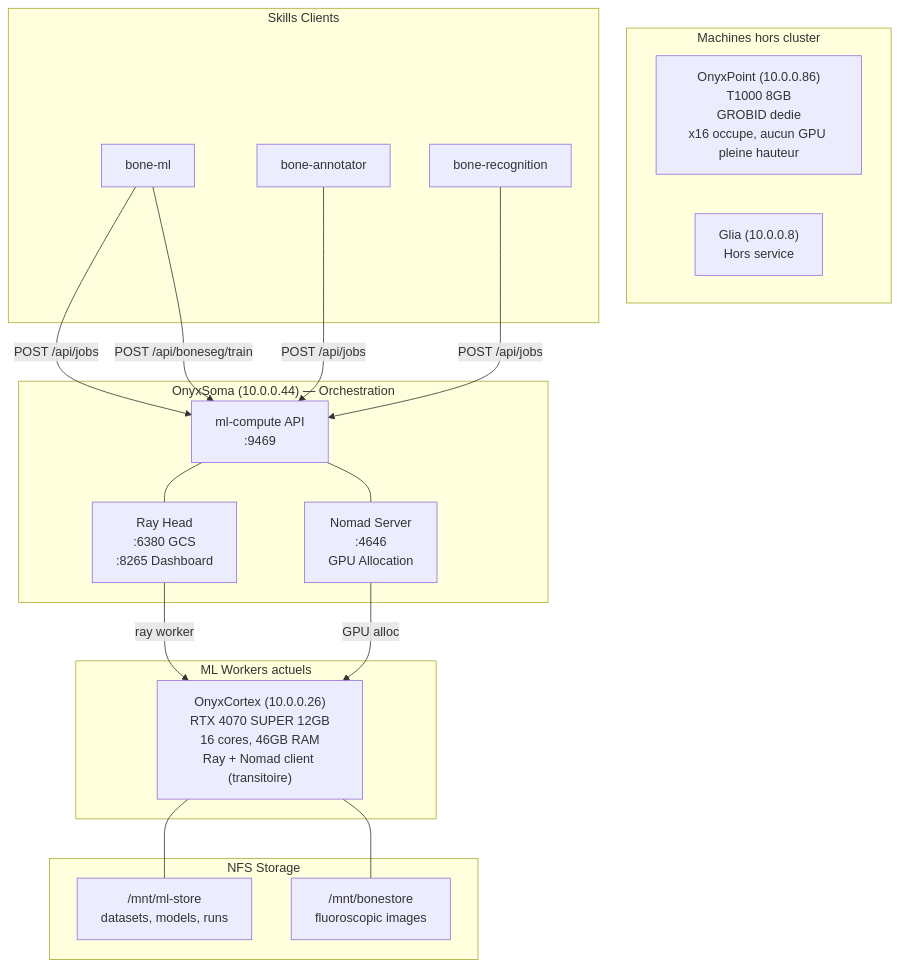
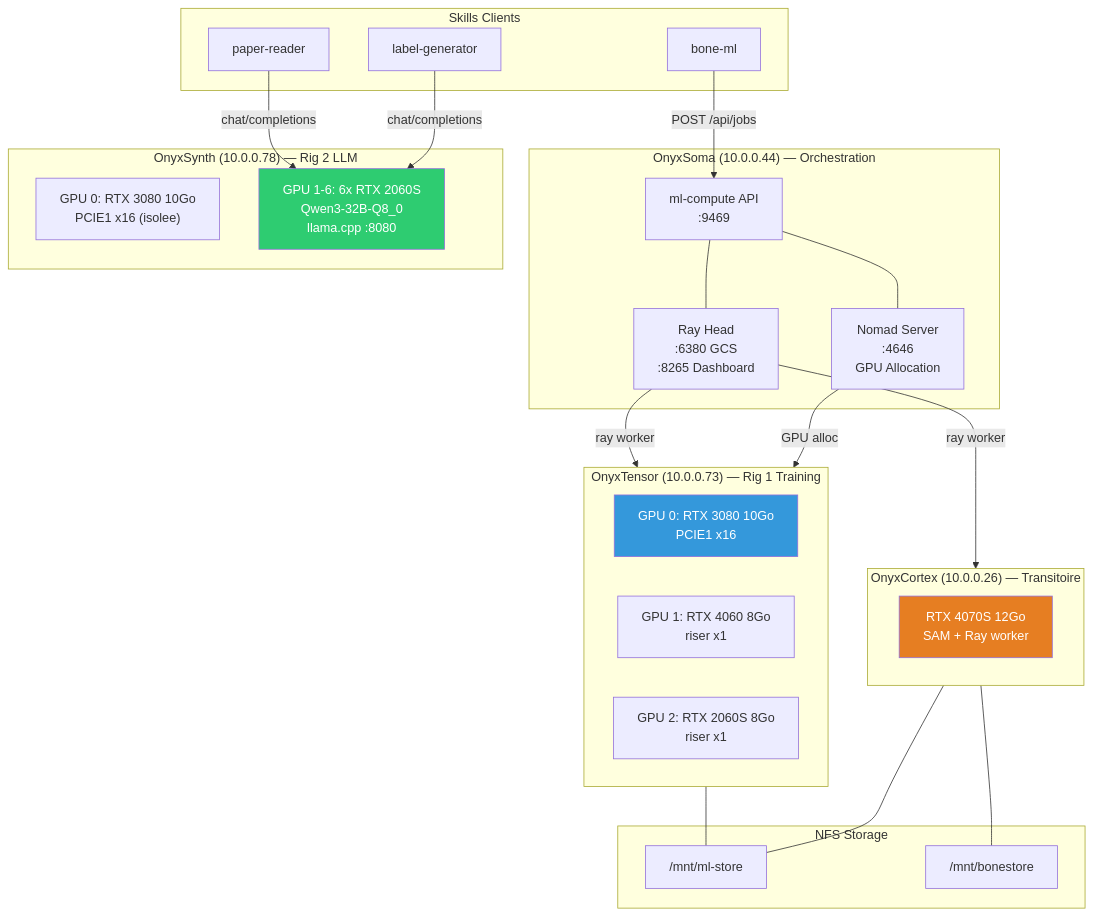
The second of 6 diagrams in DIAGRAM.md (VersoVet/ml-compute), drawn with Mermaid before and after one commit. The commit also changed other lines of this file and 2 other files, not shown here.

Commit message:
feat: update rig architecture to match real hardware and GPU allocation
- OnyxTensor (Rig 1): 3080+4060+2060S = 26 Go VRAM, training dédié
- OnyxSynth (Rig 2): 3080 isolée + 6×2060S = LLM Qwen3-32B-Q8_0 (llama.cpp)
- Update workers config: tensor (3 GPU) + cortex (transitoire)
- Update GPU targets: tensor, cortex, synth-spare
- Document H510 BTC+ P1.60 compatibility (Blackwell incompatible)
- Update DIAGRAM.md with actual cluster topology
- LLM on Synth is HORS CLUSTER RAY (systemd llm-server)

````diff
--- a/DIAGRAM.md
+++ b/DIAGRAM.md
@@ -40,41 +40,52 @@
 ```mermaid
 graph TB
     subgraph Soma["OnyxSoma (10.0.0.44) — Orchestration"]
         API["ml-compute API<br/>:9469"]
         RayHead["Ray Head<br/>:6380 GCS<br/>:8265 Dashboard"]
         NomadServer["Nomad Server<br/>:4646<br/>GPU Allocation"]
         API --- RayHead
         API --- NomadServer
     end
 
-    subgraph Workers["ML Workers actuels"]
-        Cortex["OnyxCortex (10.0.0.26)<br/>RTX 4070 SUPER 12GB<br/>16 cores, 46GB RAM<br/>Ray + Nomad client (transitoire)"]
+    subgraph Tensor["OnyxTensor (10.0.0.73) — Rig 1 Training"]
+        T_3080["GPU 0: RTX 3080 10Go<br/>PCIE1 x16"]
+        T_4060["GPU 1: RTX 4060 8Go<br/>riser x1"]
+        T_2060["GPU 2: RTX 2060S 8Go<br/>riser x1"]
     end
 
-    subgraph Dedicated["Machines hors cluster"]
-        OPoint["OnyxPoint (10.0.0.86)<br/>T1000 8GB<br/>GROBID dedie<br/>x16 occupe, aucun GPU pleine hauteur"]
-        Glia["Glia (10.0.0.8)<br/>Hors service"]
+    subgraph Synth["OnyxSynth (10.0.0.78) — Rig 2 LLM"]
+        S_3080["GPU 0: RTX 3080 10Go<br/>PCIE1 x16 (isolee)"]
+        S_LLM["GPU 1-6: 6x RTX 2060S<br/>Qwen3-32B-Q8_0<br/>llama.cpp :8080"]
     end
 
-    subgraph Storage["NFS Storage"]
-        MLStore["/mnt/ml-store<br/>datasets, models, runs"]
-        BoneStore["/mnt/bonestore<br/>fluoroscopic images"]
+    subgraph Cortex["OnyxCortex (10.0.0.26) — Transitoire"]
+        C_4070["RTX 4070S 12Go<br/>SAM + Ray worker"]
     end
 
+    RayHead -->|ray worker| Tensor
     RayHead -->|ray worker| Cortex
-    NomadServer -->|GPU alloc| Cortex
+    NomadServer -->|GPU alloc| Tensor
 
+    subgraph Storage["NFS Storage"]
+        MLStore["/mnt/ml-store"]
+        BoneStore["/mnt/bonestore"]
+    end
+
+    Tensor --- MLStore
     Cortex --- MLStore
     Cortex --- BoneStore
 
     subgraph Clients["Skills Clients"]
         BoneML["bone-ml"]
-        BoneAnnotator["bone-annotator"]
-        BoneRec["bone-recognition"]
+        PaperReader["paper-reader"]
+        LabelGen["label-generator"]
     end
 
     BoneML -->|POST /api/jobs| API
-    BoneAnnotator -->|POST /api/jobs| API
-    BoneRec -->|POST /api/jobs| API
-    BoneML -->|POST /api/boneseg/train| API
+    PaperReader -->|chat/completions| S_LLM
+    LabelGen -->|chat/completions| S_LLM
+
+    style S_LLM fill:#2ecc71,color:#fff
+    style T_3080 fill:#3498db,color:#fff
+    style C_4070 fill:#e67e22,color:#fff
 ```
````
